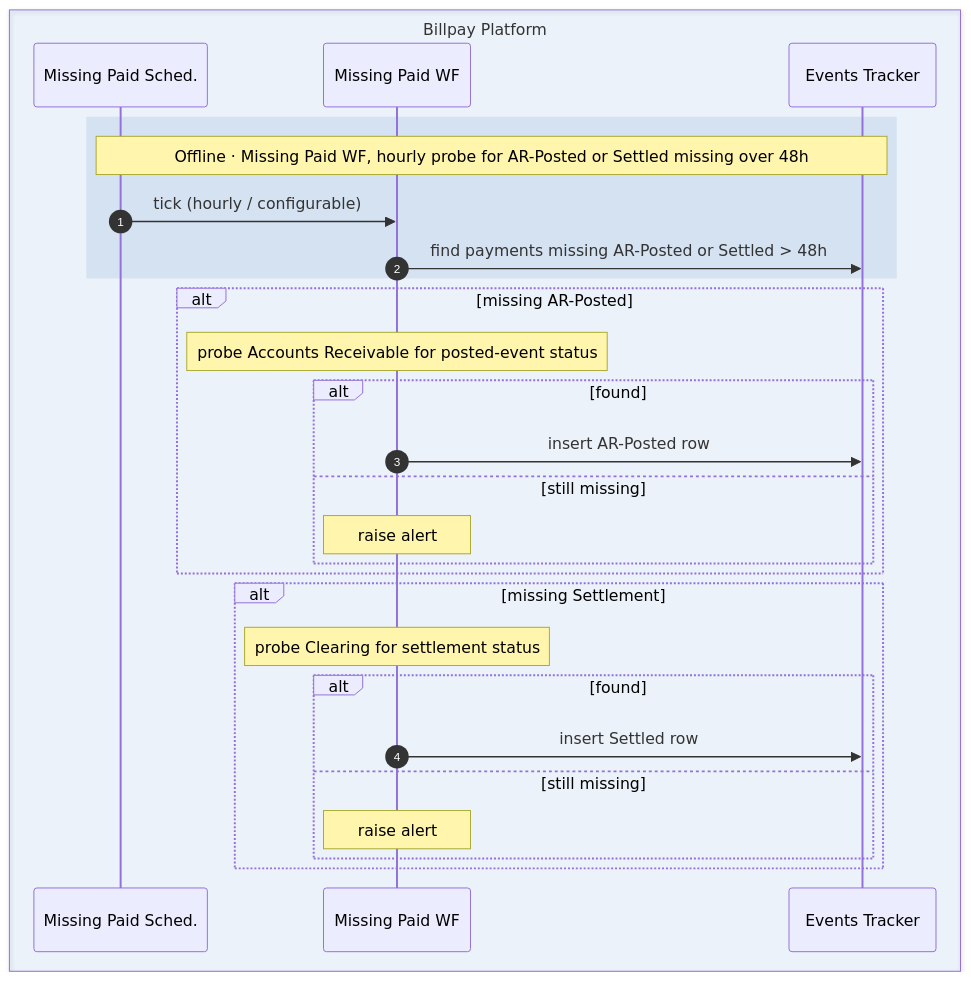
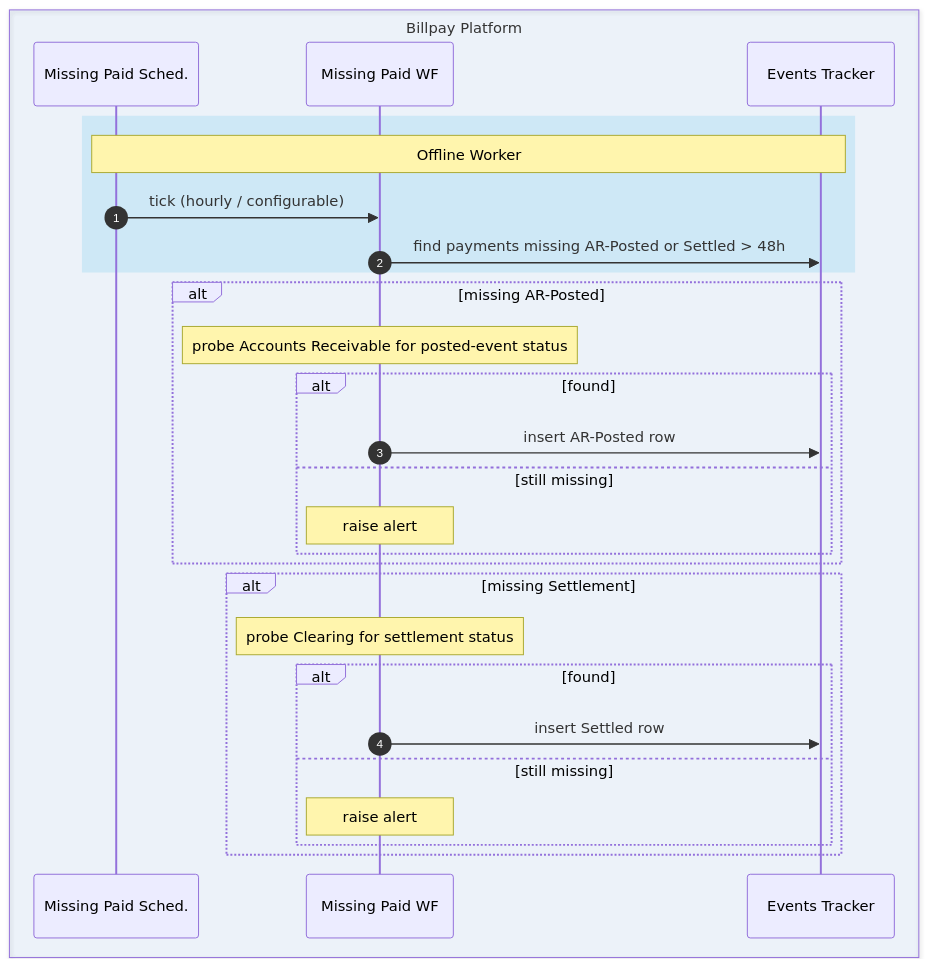
One commit to arunav-bhattacharya/billpay-book changed diagram 11 of 12 in website/docs/design/diagrams/sequence-diagram.md. Above: the diagram before and after it, drawn with Mermaid. The commit also changed other lines of this file and 63 other files, not shown here.

First line of the commit message:
Redraw the sequence diagrams in Amex blue, and make them readable

````diff
--- a/website/docs/design/diagrams/sequence-diagram.md
+++ b/website/docs/design/diagrams/sequence-diagram.md
@@ -700,33 +805,41 @@
 ```mermaid
+---
+# Sans, not the site's mono: it reads better at this size and lays out about
+# 20% narrower. It has to be declared per diagram because Mermaid's global
+# fontFamily is mono for the state diagrams and overrides sequence.*FontFamily.
+config:
+  fontFamily: "BentonSansUI, Helvetica, Arial, sans-serif"
+  fontSize: 15
+---
 sequenceDiagram
   autonumber
 
   box rgba(1,111,208,0.06) Billpay Platform
     participant SCH as Missing Paid Sched.
     participant MPE as Missing Paid WF
     participant TRK as Events Tracker
   end
 
-  rect rgba(1,91,179,0.10)
-    Note over SCH,TRK: Offline · Missing Paid WF, hourly probe for AR-Posted or Settled missing over 48h
+  rect rgba(0,163,224,0.13)
+    Note over SCH,TRK: Offline Worker
     SCH->>MPE: tick (hourly / configurable)
     MPE->>TRK: find payments missing AR-Posted or Settled > 48h
   end
 
   alt missing AR-Posted
     Note over MPE: probe Accounts Receivable for posted-event status
     alt found
       MPE->>TRK: insert AR-Posted row
     else still missing
       Note over MPE: raise alert
     end
   end
   alt missing Settlement
     Note over MPE: probe Clearing for settlement status
     alt found
       MPE->>TRK: insert Settled row
     else still missing
       Note over MPE: raise alert
     end
   end
 ```
````
